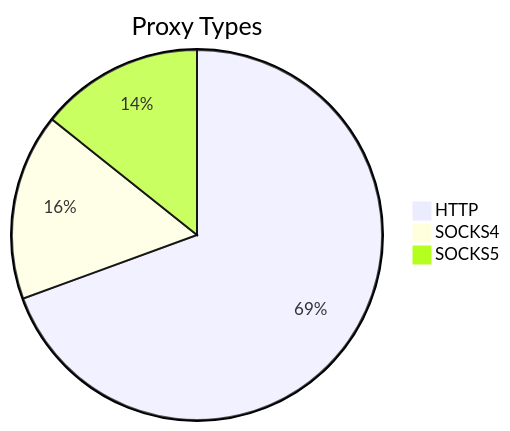
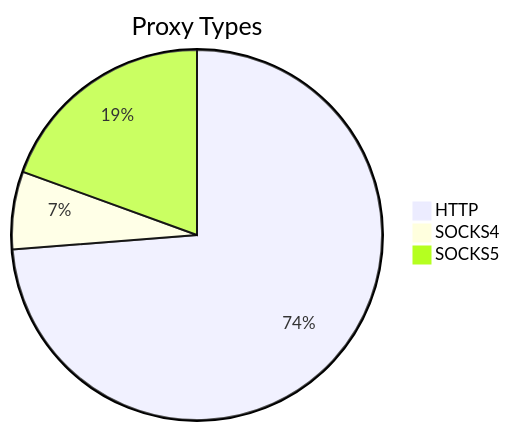
Before and after one commit to stormsia/proxy-list: the first of 2 diagrams in README.md, drawn with Mermaid. The commit also changed other lines of this file, not shown here.

````diff
--- a/README.md
+++ b/README.md
@@ -21,6 +21,6 @@
 ```mermaid
 pie title Proxy Types
-    "HTTP" : 520
-    "SOCKS4" : 122
-    "SOCKS5" : 107
+    "HTTP" : 163
+    "SOCKS4" : 15
+    "SOCKS5" : 43
 ```
````
